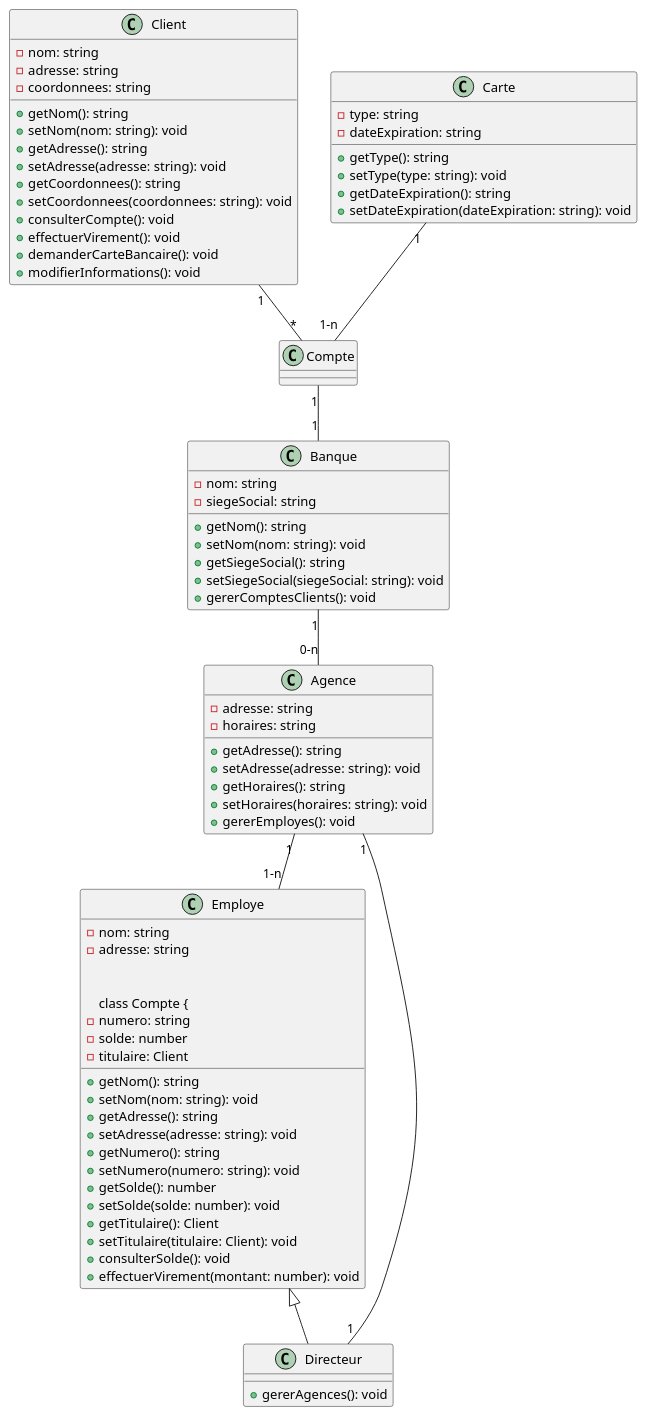
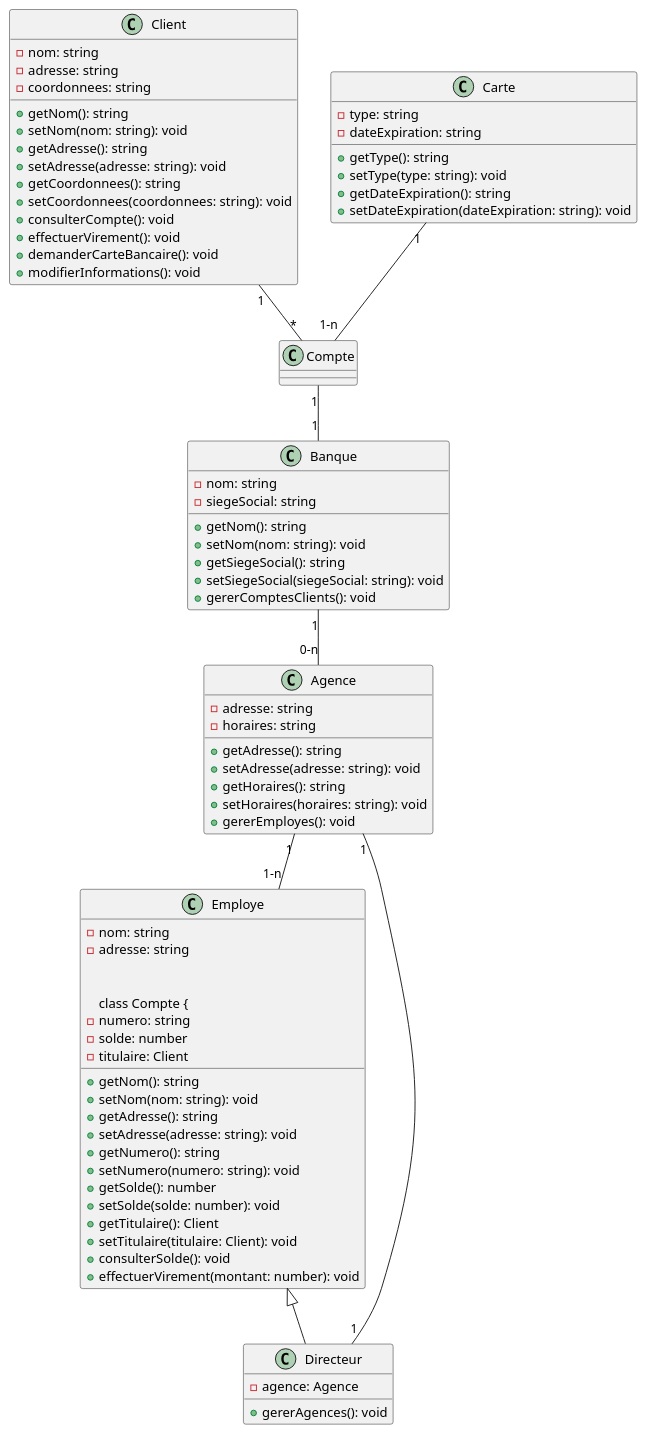
Before and after one commit to esgi-cedric-kadima/tp_architecture_n_tiers: the diagram in diagrammClasse.puml, drawn with PlantUML. The commit also changed 3566 other files, not shown here.

```diff
--- a/diagrammClasse.puml
+++ b/diagrammClasse.puml
@@ -1,85 +1,86 @@
 @startuml
 
 class Client {
   - nom: string
   - adresse: string
   - coordonnees: string
   + getNom(): string
   + setNom(nom: string): void
   + getAdresse(): string
   + setAdresse(adresse: string): void
   + getCoordonnees(): string
   + setCoordonnees(coordonnees: string): void
   + consulterCompte(): void
   + effectuerVirement(): void
   + demanderCarteBancaire(): void
   + modifierInformations(): void
 }
 
 class Banque {
   - nom: string
   - siegeSocial: string
   + getNom(): string
   + setNom(nom: string): void
   + getSiegeSocial(): string
   + setSiegeSocial(siegeSocial: string): void
   + gererComptesClients(): void
 }
 
 class Agence {
   - adresse: string
   - horaires: string
   + getAdresse(): string
   + setAdresse(adresse: string): void
   + getHoraires(): string
   + setHoraires(horaires: string): void
   + gererEmployes(): void
 }
 
 class Employe {
   - nom: string
   - adresse: string
   + getNom(): string
   + setNom(nom: string): void
   + getAdresse(): string
   + setAdresse(adresse: string): void
 
 
 class Compte {
   - numero: string
   - solde: number
   - titulaire: Client
   + getNumero(): string
   + setNumero(numero: string): void
   + getSolde(): number
   + setSolde(solde: number): void
   + getTitulaire(): Client
   + setTitulaire(titulaire: Client): void
   + consulterSolde(): void
   + effectuerVirement(montant: number): void
 }
 
 
 class Carte {
   - type: string
   - dateExpiration: string
   + getType(): string
   + setType(type: string): void
   + getDateExpiration(): string
   + setDateExpiration(dateExpiration: string): void
 }
 
 class Directeur extends Employe {
+  - agence: Agence
   + gererAgences(): void
 }
 
 
 
 Client "1" -- "*" Compte
 Compte "1" -- "1" Banque
 Banque "1" -- "0-n" Agence
 Agence "1" -- "1-n" Employe
 Agence "1" -- "1" Directeur
 Carte "1" -- "1-n" Compte
 
 @enduml
```
